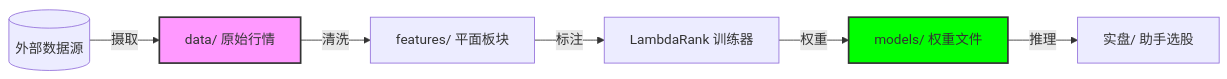
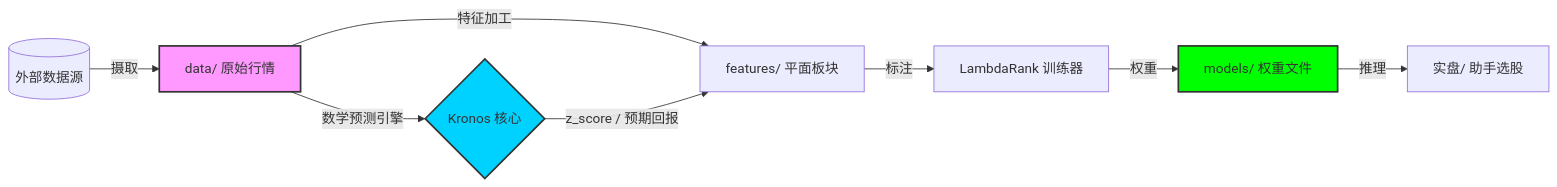
Before and after one commit to 20070316lbw-netizen/Liumon: the second of 2 diagrams in README_zh.md, drawn with Mermaid. The commit also changed other lines of this file and 1 other file, not shown here.

Commit message:
Docs: Update Data Flow to include Kronos Engine as high-order signal provider.

````diff
--- a/README_zh.md
+++ b/README_zh.md
@@ -50,11 +50,14 @@
 ```mermaid
 graph LR
     A[(外部数据源)] -- 摄取 --> B[data/ 原始行情]
-    B -- 清洗 --> C[features/ 平面板块]
+    B -- 特征加工 --> C[features/ 平面板块]
+    B -- 数学预测引擎 --> K{Kronos 核心}
+    K -- "z_score / 预期回报" --> C
     C -- 标注 --> D[LambdaRank 训练器]
     D -- 权重 --> E[models/ 权重文件]
     E -- 推理 --> F[实盘/ 助手选股]
     
     style B fill:#f9f,stroke:#333,stroke-width:2px
+    style K fill:#00d2ff,stroke:#333,stroke-width:2px
     style E fill:#00ff00,stroke:#333,stroke-width:2px
 ```
````
